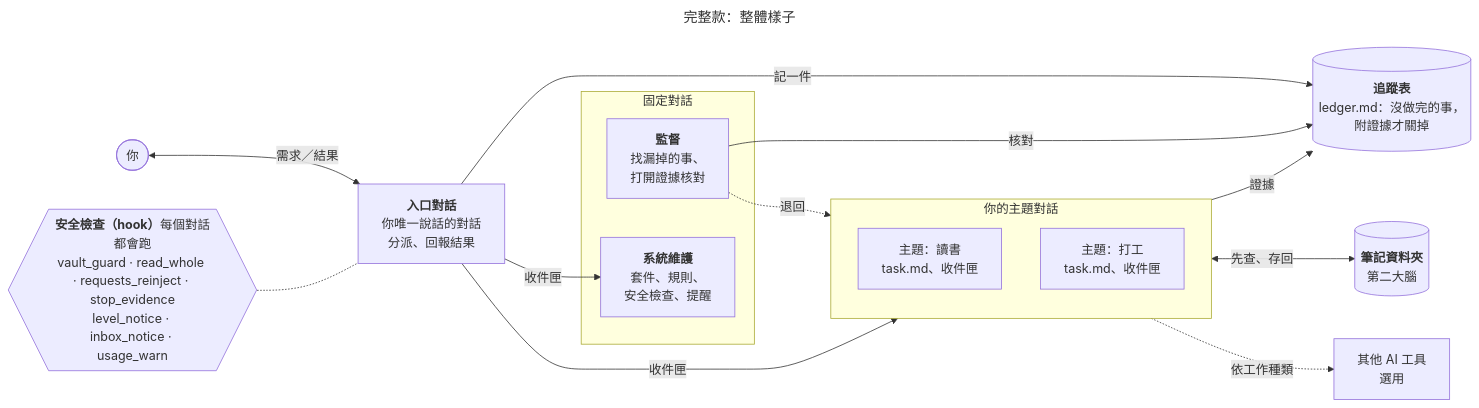
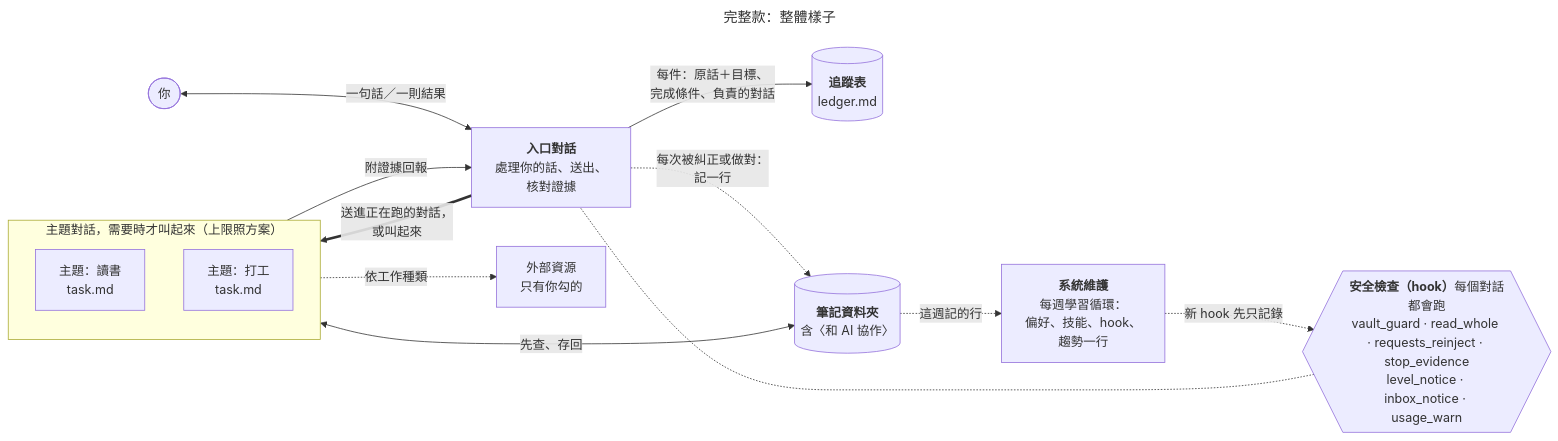
The first of 6 diagrams in docs/zh-TW/進階功能.md (0Smallcat0/second-brain-kit), drawn with Mermaid before and after one commit. The commit also changed other lines of this file and 61 other files, not shown here.

````diff
--- a/docs/zh-TW/進階功能.md
+++ b/docs/zh-TW/進階功能.md
@@ -64,24 +82,21 @@
 ```mermaid
 ---
 title: "完整款：整體樣子"
 ---
 flowchart LR
-  You(["你"]) <-->|需求／結果| Entry["<b>入口對話</b><br/>你唯一說話的對話<br/>分派、回報結果"]
-  Entry -->|記一件| Tracker[("<b>追蹤表</b><br/>ledger.md：沒做完的事，<br/>附證據才關掉")]
-  subgraph Fixed["固定對話"]
-    Sup["<b>監督</b><br/>找漏掉的事、<br/>打開證據核對"]
-    Mnt["<b>系統維護</b><br/>套件、規則、<br/>安全檢查、提醒"]
+  You(["你"]) <-->|"一句話／一則結果"| Entry["<b>入口對話</b><br/>處理你的話、送出、<br/>核對證據"]
+  Entry -->|"每件：原話＋目標、<br/>完成條件、負責的對話"| Tracker[("<b>追蹤表</b><br/>ledger.md")]
+  subgraph Topics["主題對話，需要時才叫起來（上限照方案）"]
+    TA["主題：讀書<br/>task.md"]
+    TB["主題：打工<br/>task.md"]
   end
-  subgraph Topics["你的主題對話"]
-    TA["主題：讀書<br/>task.md、收件匣"]
-    TB["主題：打工<br/>task.md、收件匣"]
-  end
-  Entry -->|收件匣| Topics
-  Entry -->|收件匣| Mnt
-  Topics -->|證據| Tracker
-  Sup -->|核對| Tracker
-  Sup -.->|退回| Topics
-  Topics <-->|先查、存回| Vault[("<b>筆記資料夾</b><br/>第二大腦")]
-  Topics -.->|依工作種類| Tools["其他 AI 工具<br/>選用"]
+  Entry ==>|"送進正在跑的對話，<br/>或叫起來"| Topics
+  Topics -->|"附證據回報"| Entry
+  Topics <-->|"先查、存回"| Vault[("<b>筆記資料夾</b><br/>含〈和 AI 協作〉")]
+  Entry -.->|"每次被糾正或做對：<br/>記一行"| Vault
+  Mnt["<b>系統維護</b><br/>每週學習循環：<br/>偏好、技能、hook、<br/>趨勢一行"]
+  Vault -.->|"這週記的行"| Mnt
+  Mnt -.->|"新 hook 先只記錄"| Hooks
+  Topics -.->|依工作種類| Res["外部資源<br/>只有你勾的"]
   Hooks{{"<b>安全檢查（hook）</b>每個對話都會跑<br/>vault_guard · read_whole · requests_reinject · stop_evidence<br/>level_notice · inbox_notice · usage_warn"}} -.- Entry
 ```
````
